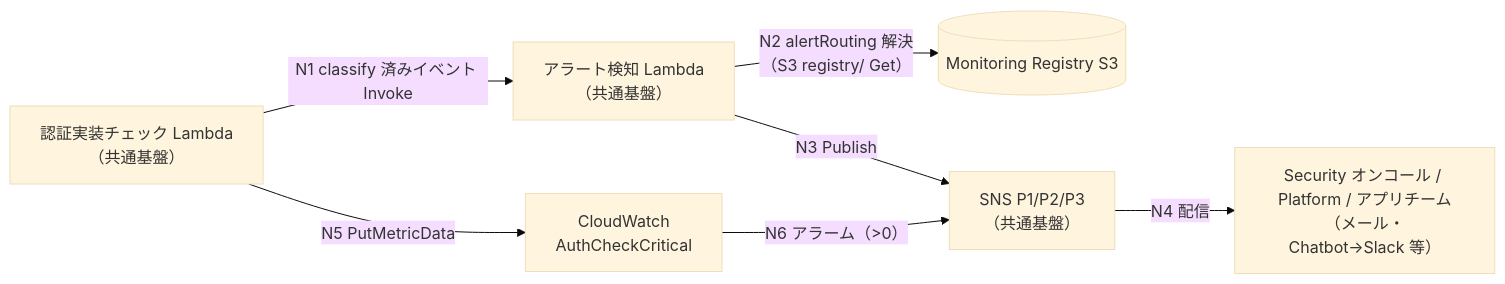
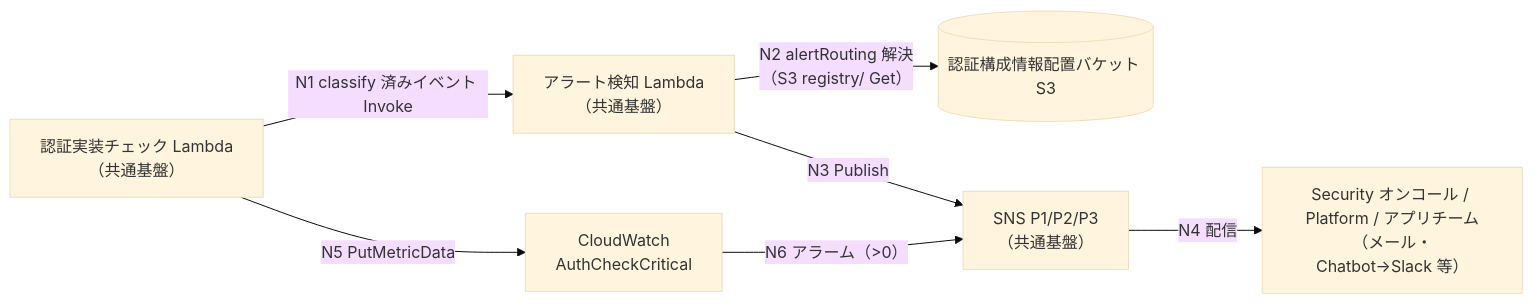
Before and after one commit to suepie/aws-atuh-poc: the sixth of 7 diagrams in doc/api-platform/basic-design/10-external-monitoring-overview.md, drawn with Mermaid (base theme). The commit also changed other lines of this file and 18 other files, not shown here.

````diff
--- a/doc/api-platform/basic-design/10-external-monitoring-overview.md
+++ b/doc/api-platform/basic-design/10-external-monitoring-overview.md
@@ -375,9 +377,9 @@
 ```mermaid
 flowchart LR
     PROBE["認証実装チェック Lambda<br/>（共通基盤）"] -->|"N1 classify 済みイベント Invoke"| ALR["アラート検知 Lambda<br/>（共通基盤）"]
-    ALR -->|"N2 alertRouting 解決<br/>（S3 registry/ Get）"| S3[("Monitoring Registry S3")]
+    ALR -->|"N2 alertRouting 解決<br/>（S3 registry/ Get）"| S3[("認証構成情報配置バケット S3")]
     ALR -->|"N3 Publish"| SNS["SNS P1/P2/P3<br/>（共通基盤）"]
     SNS -->|"N4 配信"| DST["Security オンコール / Platform / アプリチーム<br/>（メール・Chatbot→Slack 等）"]
     PROBE -->|"N5 PutMetricData"| CW["CloudWatch<br/>AuthCheckCritical"]
     CW -->|"N6 アラーム（>0）"| SNS
 ```
````
